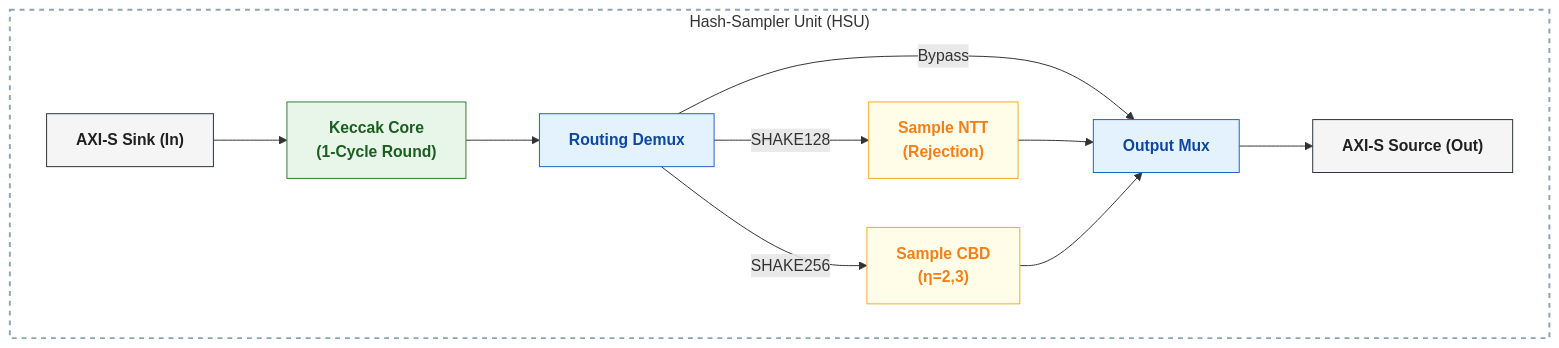
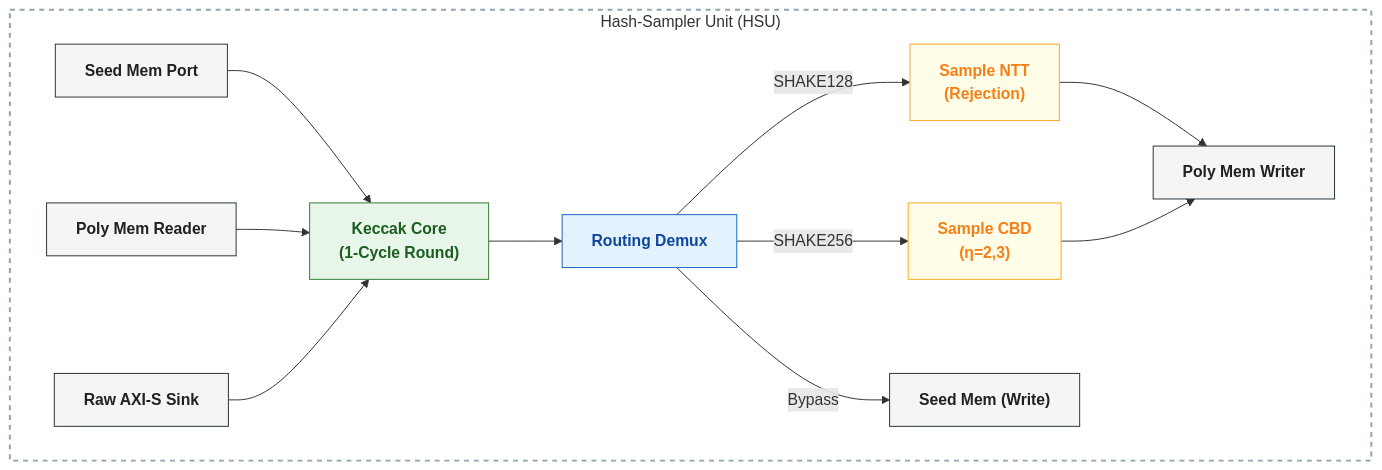
The diagram in README.md (QREM-CORE/hash-sampler-unit), drawn with Mermaid before and after one commit. The commit also changed other lines of this file and 1 other file, not shown here.

First line of the commit message:
docs: update README and port comments (#20)

````diff
--- a/README.md
+++ b/README.md
@@ -17,27 +17,28 @@
 ```mermaid
 graph LR
     subgraph HSU["Hash-Sampler Unit (HSU)"]
         direction LR
-        S_AXI["AXI-S Sink (In)"] --> KCORE["Keccak Core<br/>(1-Cycle Round)"]
-        KCORE --> DMUX["Routing Demux"]
+        SEED["Seed Mem Port"] --> KCORE
+        P_RD["Poly Mem Reader"] --> KCORE
+        AXIS["Raw AXI-S Sink"] --> KCORE
+        KCORE["Keccak Core<br/>(1-Cycle Round)"] --> DMUX["Routing Demux"]
         DMUX -- SHAKE128 --> NTT["Sample NTT<br/>(Rejection)"]
         DMUX -- SHAKE256 --> CBD["Sample CBD<br/>(η=2,3)"]
-        DMUX -- Bypass --> MUX["Output Mux"]
-        NTT --> MUX
-        CBD --> MUX
-        MUX --> M_AXI["AXI-S Source (Out)"]
+        DMUX -- Bypass --> SEED_W["Seed Mem (Write)"]
+        NTT --> P_WR["Poly Mem Writer"]
+        CBD --> P_WR
     end
 
     %% Premium Hardware Styling
     classDef io fill:#f5f5f5,stroke:#263238,color:#212121,font-weight:bold;
     classDef core fill:#e8f5e9,stroke:#2e7d32,color:#1b5e20,font-weight:bold;
     classDef router fill:#e3f2fd,stroke:#1565c0,color:#0d47a1,font-weight:bold;
     classDef sampler fill:#fffde7,stroke:#f9a825,color:#f57f17,font-weight:bold;
     classDef hsu fill:none,stroke:#90a4ae,stroke-width:2px,stroke-dasharray: 5 5;
 
-    class S_AXI,M_AXI io;
+    class SEED,P_RD,AXIS,SEED_W,P_WR io;
     class KCORE core;
-    class DMUX,MUX router;
+    class DMUX router;
     class NTT,CBD sampler;
     class HSU hsu;
 ```
````
